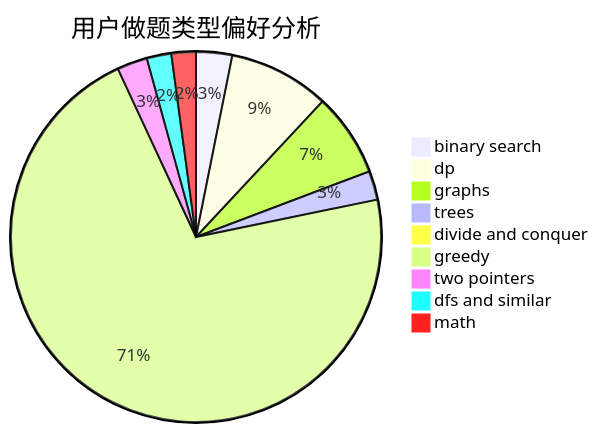
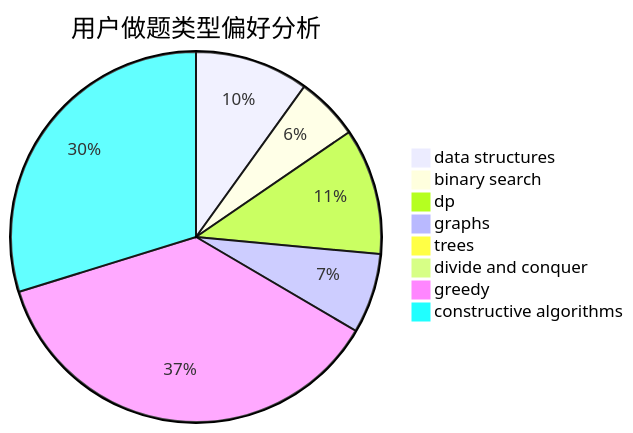
One commit to sherpahu/cfrs.github.io changed the second of 3 diagrams in docs/user/u836.md. Above: the diagram before and after it, drawn with Mermaid. The commit also changed other lines of this file and 2775 other files, not shown here.

````diff
--- a/docs/user/u836.md
+++ b/docs/user/u836.md
@@ -23,12 +23,11 @@
 ```mermaid
 pie title 用户做题类型偏好分析
-    "binary search" :  25
-    "dp" :  70
-    "graphs" :  58
-    "trees" :  20
-    "divide and conquer" :  4
-    "greedy" :  567
-    "two pointers" :  21
-    "dfs and similar" :  17
-    "math" :  17
+    "data structures" :  27
+    "binary search" :  15
+    "dp" :  30
+    "graphs" :  19
+    "trees" :  0
+    "divide and conquer" :  0
+    "greedy" :  100
+    "constructive algorithms" :  81
 ```
````
